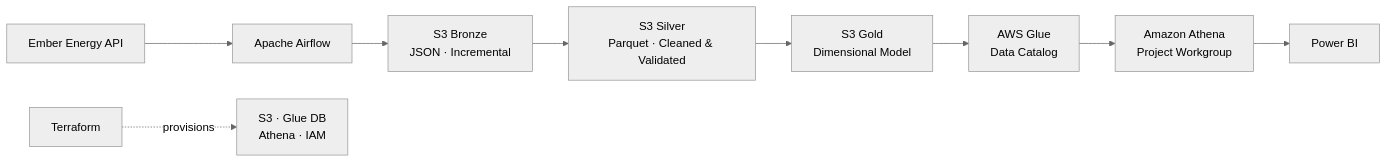
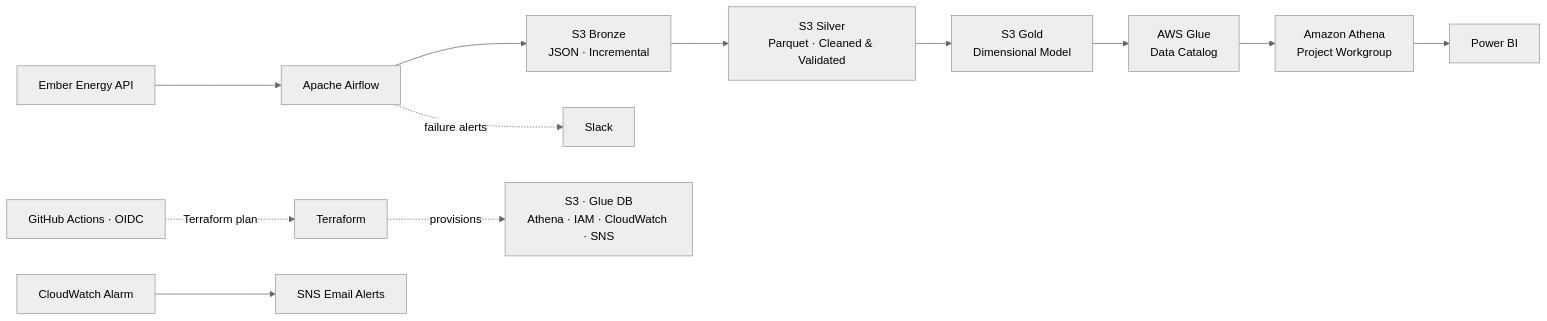
One commit to georgeballa7/EuropeanEnergyDataAnalytics changed the diagram in README.md. Above: the diagram before and after it, drawn with Mermaid (neutral theme). The commit also changed other lines of this file, not shown here.

Commit message:
docs: document Terraform CI and monitoring architecture

````diff
--- a/README.md
+++ b/README.md
@@ -7,12 +7,15 @@
 ```mermaid
 flowchart LR
     API["Ember Energy API"] --> AF["Apache Airflow"]
     AF --> B["S3 Bronze<br/>JSON · Incremental"]
     B --> S["S3 Silver<br/>Parquet · Cleaned & Validated"]
     S --> G["S3 Gold<br/>Dimensional Model"]
     G --> GC["AWS Glue<br/>Data Catalog"]
     GC --> AT["Amazon Athena<br/>Project Workgroup"]
     AT --> BI["Power BI"]
 
-    TF["Terraform"] -. provisions .-> AWS["S3 · Glue DB<br/>Athena · IAM"]
+    TF["Terraform"] -. provisions .-> AWS["S3 · Glue DB<br/>Athena · IAM · CloudWatch · SNS"]
+    AF -. failure alerts .-> SL["Slack"]
+    CW["CloudWatch Alarm"] --> SNS["SNS Email Alerts"]
+    GA["GitHub Actions · OIDC"] -. Terraform plan .-> TF
 ```
````
